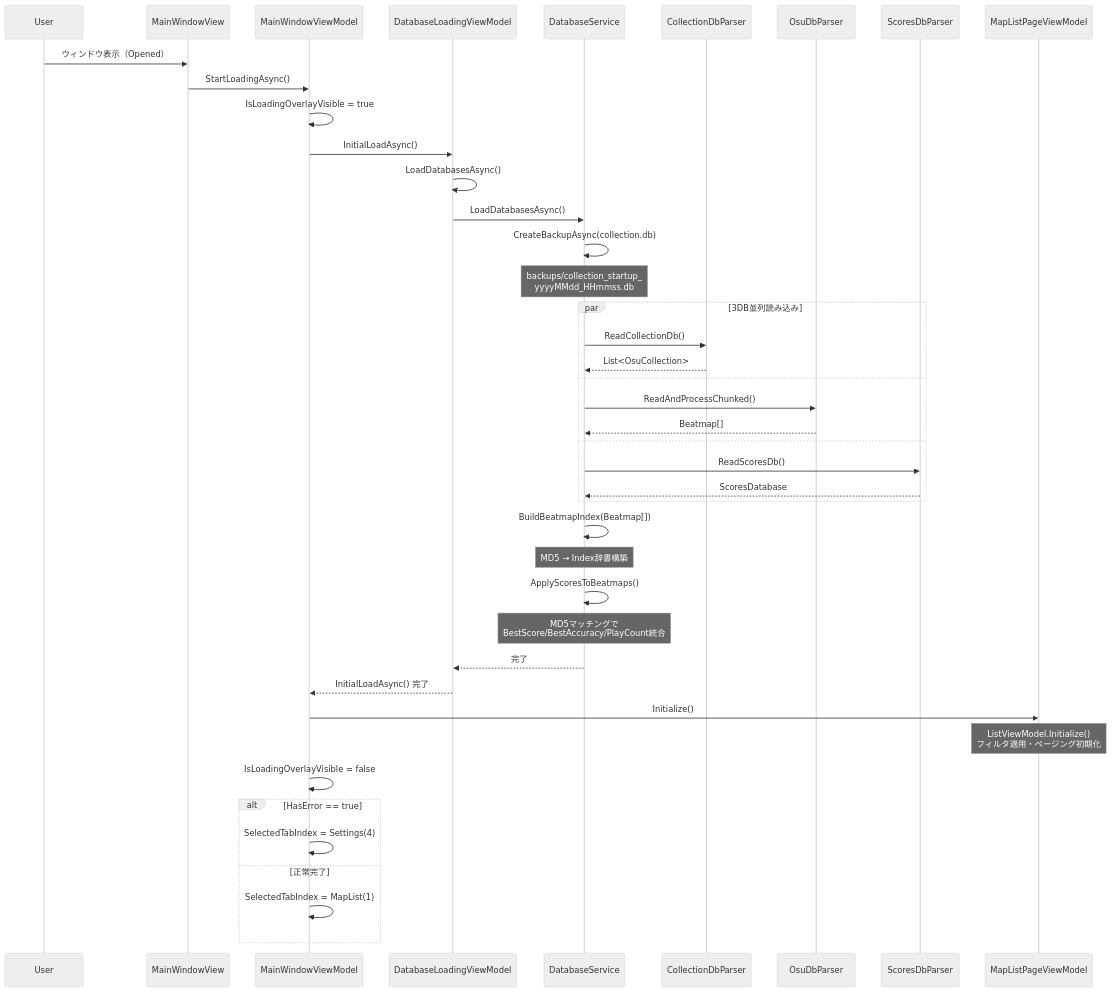
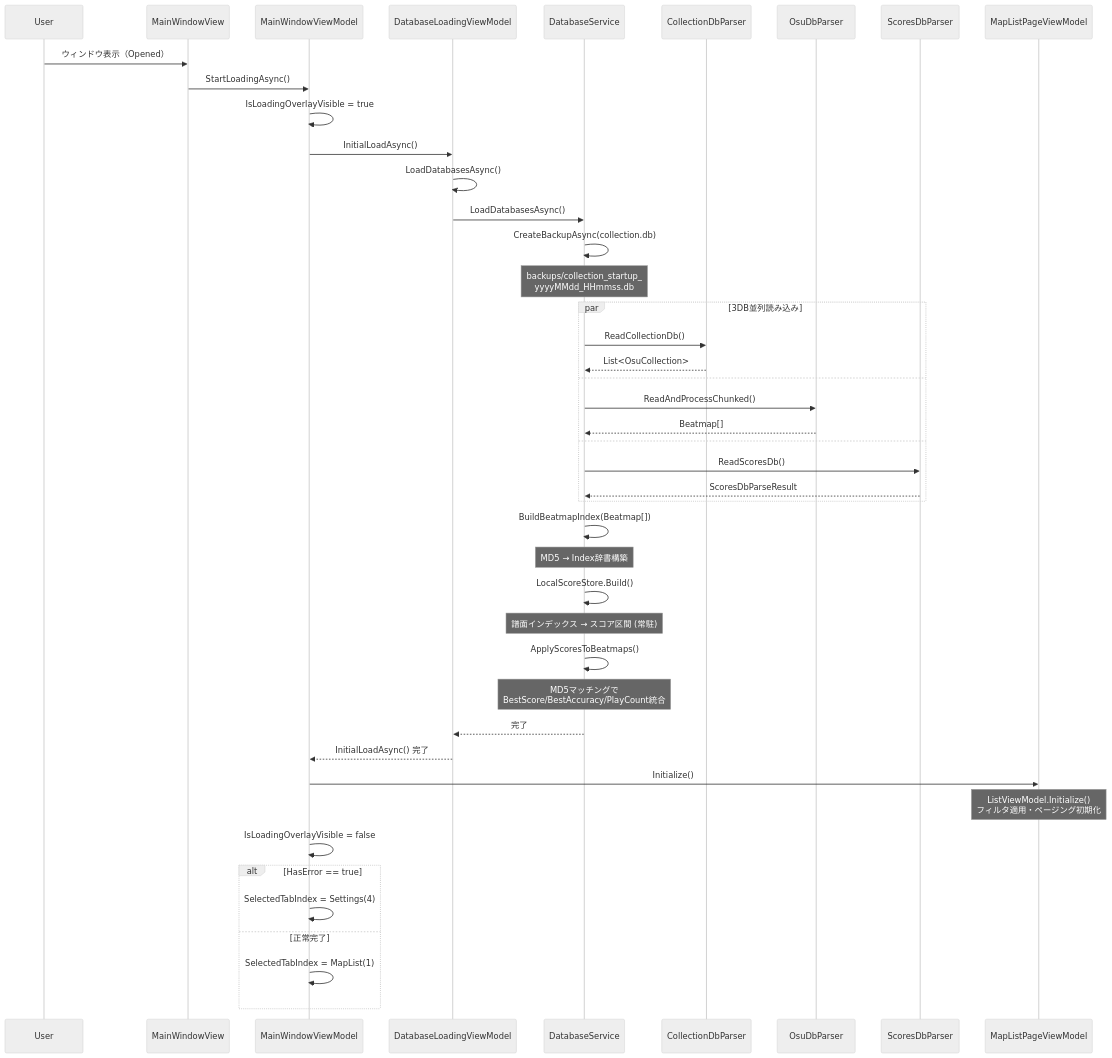
One commit to rice5941/NakuruTool_Avalonia_AOT changed the second of 24 diagrams in docs/DATA_FLOW.md. Above: the diagram before and after it, drawn with Mermaid (neutral theme). The commit also changed other lines of this file and 36 other files, not shown here.

````diff
--- a/docs/DATA_FLOW.md
+++ b/docs/DATA_FLOW.md
@@ -56,52 +56,55 @@
 ```mermaid
 sequenceDiagram
     participant User
     participant MWV as MainWindowView
     participant MW as MainWindowViewModel
     participant DL as DatabaseLoadingViewModel
     participant DS as DatabaseService
     participant CP as CollectionDbParser
     participant OP as OsuDbParser
     participant SP as ScoresDbParser
     participant ML as MapListPageViewModel
 
     User->>MWV: ウィンドウ表示（Opened）
     MWV->>MW: StartLoadingAsync()
     MW->>MW: IsLoadingOverlayVisible = true
     MW->>DL: InitialLoadAsync()
     DL->>DL: LoadDatabasesAsync()
     DL->>DS: LoadDatabasesAsync()
 
     DS->>DS: CreateBackupAsync(collection.db)
     Note over DS: backups/collection_startup_<br/>yyyyMMdd_HHmmss.db
 
     par 3DB並列読み込み
         DS->>CP: ReadCollectionDb()
         CP-->>DS: List<OsuCollection>
     and
         DS->>OP: ReadAndProcessChunked()
         OP-->>DS: Beatmap[]
     and
         DS->>SP: ReadScoresDb()
-        SP-->>DS: ScoresDatabase
+        SP-->>DS: ScoresDbParseResult
     end
 
     DS->>DS: BuildBeatmapIndex(Beatmap[])
     Note over DS: MD5 → Index辞書構築
+
+    DS->>DS: LocalScoreStore.Build()
+    Note over DS: 譜面インデックス → スコア区間 (常駐)
 
     DS->>DS: ApplyScoresToBeatmaps()
     Note over DS: MD5マッチングで<br/>BestScore/BestAccuracy/PlayCount統合
 
     DS-->>DL: 完了
     DL-->>MW: InitialLoadAsync() 完了
 
     MW->>ML: Initialize()
     Note over ML: ListViewModel.Initialize()<br/>フィルタ適用・ページング初期化
     MW->>MW: IsLoadingOverlayVisible = false
 
     alt HasError == true
         MW->>MW: SelectedTabIndex = Settings(4)
     else 正常完了
         MW->>MW: SelectedTabIndex = MapList(1)
     end
 ```
````
